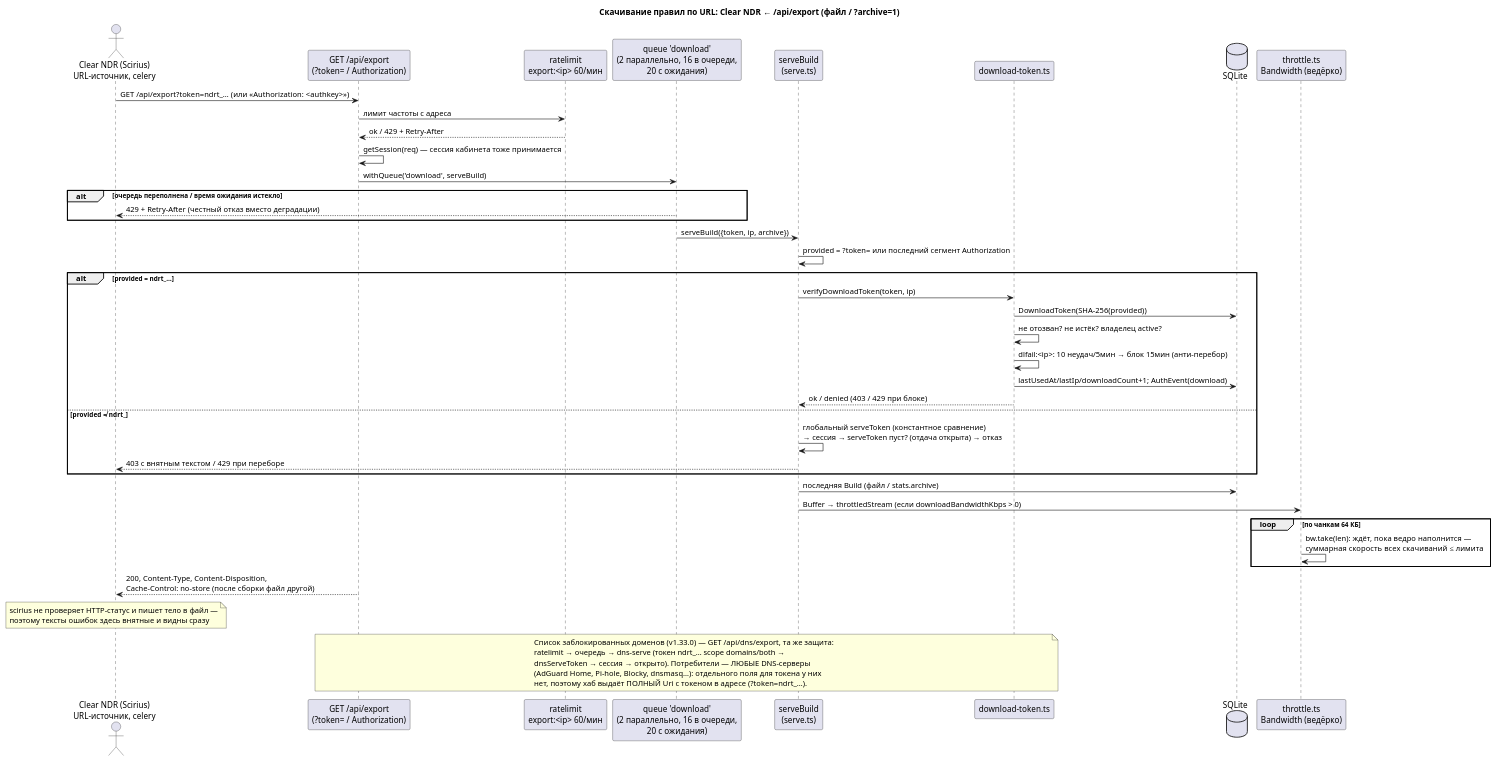
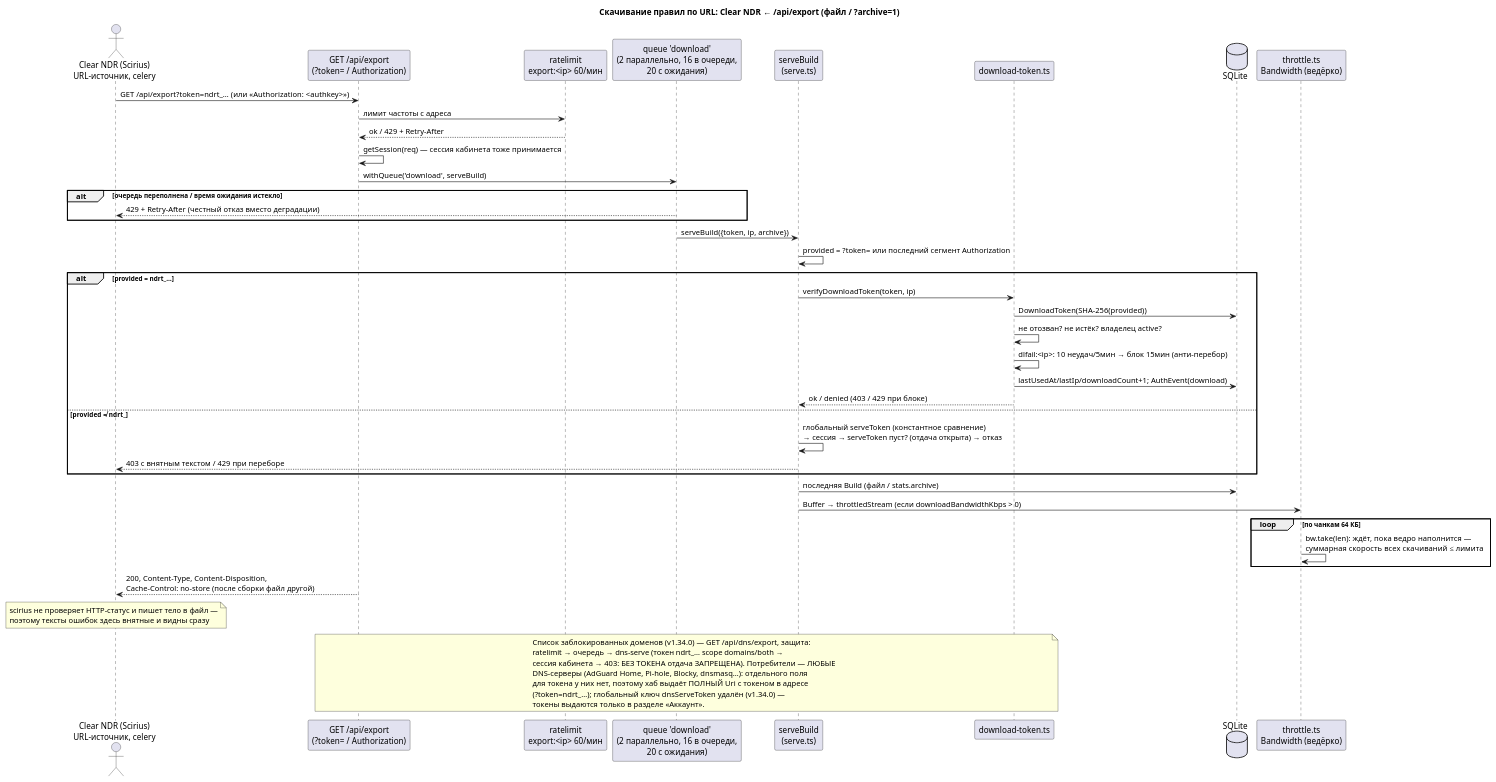
The diagram in docs/diagrams/seq-download-flow.puml (NoIDXMV6/ndr-rules-hub), drawn with PlantUML before and after one commit. The commit also changed 33 other files, not shown here.

```diff
--- a/docs/diagrams/seq-download-flow.puml
+++ b/docs/diagrams/seq-download-flow.puml
@@ -6,49 +6,51 @@
 @startuml seq-download
 title Скачивание правил по URL: Clear NDR ← /api/export (файл / ?archive=1)
 skinparam responseMessageBelowArrow true
 
 actor "Clear NDR (Scirius)\nURL-источник, celery" as SC
 participant "GET /api/export\n(?token= / Authorization)" as RT
 participant "ratelimit\nexport:<ip> 60/мин" as RL
 participant "queue 'download'\n(2 параллельно, 16 в очереди,\n20 с ожидания)" as Q
 participant "serveBuild\n(serve.ts)" as SB
 participant "download-token.ts" as TK
 database "SQLite" as DB
 participant "throttle.ts\nBandwidth (ведёрко)" as TH
 
 SC -> RT: GET /api/export?token=ndrt_…  (или «Authorization: <authkey>»)
 RT -> RL: лимит частоты с адреса
 RL --> RT: ok / 429 + Retry-After
 RT -> RT: getSession(req) — сессия кабинета тоже принимается
 RT -> Q: withQueue('download', serveBuild)
 alt очередь переполнена / время ожидания истекло
   Q --> SC: 429 + Retry-After (честный отказ вместо деградации)
 end
 Q -> SB: serveBuild({token, ip, archive})
 SB -> SB: provided = ?token= или последний сегмент Authorization
 alt provided = ndrt_…
   SB -> TK: verifyDownloadToken(token, ip)
   TK -> DB: DownloadToken(SHA-256(provided))
   TK -> TK: не отозван? не истёк? владелец active?
   TK -> TK: dlfail:<ip>: 10 неудач/5мин → блок 15мин (анти-перебор)
   TK -> DB: lastUsedAt/lastIp/downloadCount+1; AuthEvent(download)
   TK --> SB: ok / denied (403 / 429 при блоке)
 else provided ≠ ndrt_
   SB -> SB: глобальный serveToken (константное сравнение)\n→ сессия → serveToken пуст? (отдача открыта) → отказ
   SB --> SC: 403 с внятным текстом / 429 при переборе
 end
 SB -> DB: последняя Build (файл / stats.archive)
 SB -> TH: Buffer → throttledStream (если downloadBandwidthKbps > 0)
 loop по чанкам 64 КБ
   TH -> TH: bw.take(len): ждёт, пока ведро наполнится —\nсуммарная скорость всех скачиваний ≤ лимита
 end
 RT --> SC: 200, Content-Type, Content-Disposition,\nCache-Control: no-store (после сборки файл другой)
 note over SC: scirius не проверяет HTTP-статус и пишет тело в файл —\nпоэтому тексты ошибок здесь внятные и видны сразу
 note over RT,TK
-  Список заблокированных доменов (v1.33.0) — GET /api/dns/export, та же защита:
+  Список заблокированных доменов (v1.34.0) — GET /api/dns/export, защита:
   ratelimit → очередь → dns-serve (токен ndrt_… scope domains/both →
-  dnsServeToken → сессия → открыто). Потребители — ЛЮБЫЕ DNS-серверы
-  (AdGuard Home, Pi-hole, Blocky, dnsmasq…): отдельного поля для токена у них
-  нет, поэтому хаб выдаёт ПОЛНЫЙ Uri с токеном в адресе (?token=ndrt_…).
+  сессия кабинета → 403: БЕЗ ТОКЕНА отдача ЗАПРЕЩЕНА). Потребители — ЛЮБЫЕ
+  DNS-серверы (AdGuard Home, Pi-hole, Blocky, dnsmasq…): отдельного поля
+  для токена у них нет, поэтому хаб выдаёт ПОЛНЫЙ Uri с токеном в адресе
+  (?token=ndrt_…); глобальный ключ dnsServeToken удалён (v1.34.0) —
+  токены выдаются только в разделе «Аккаунт».
 end note
 @enduml
```
